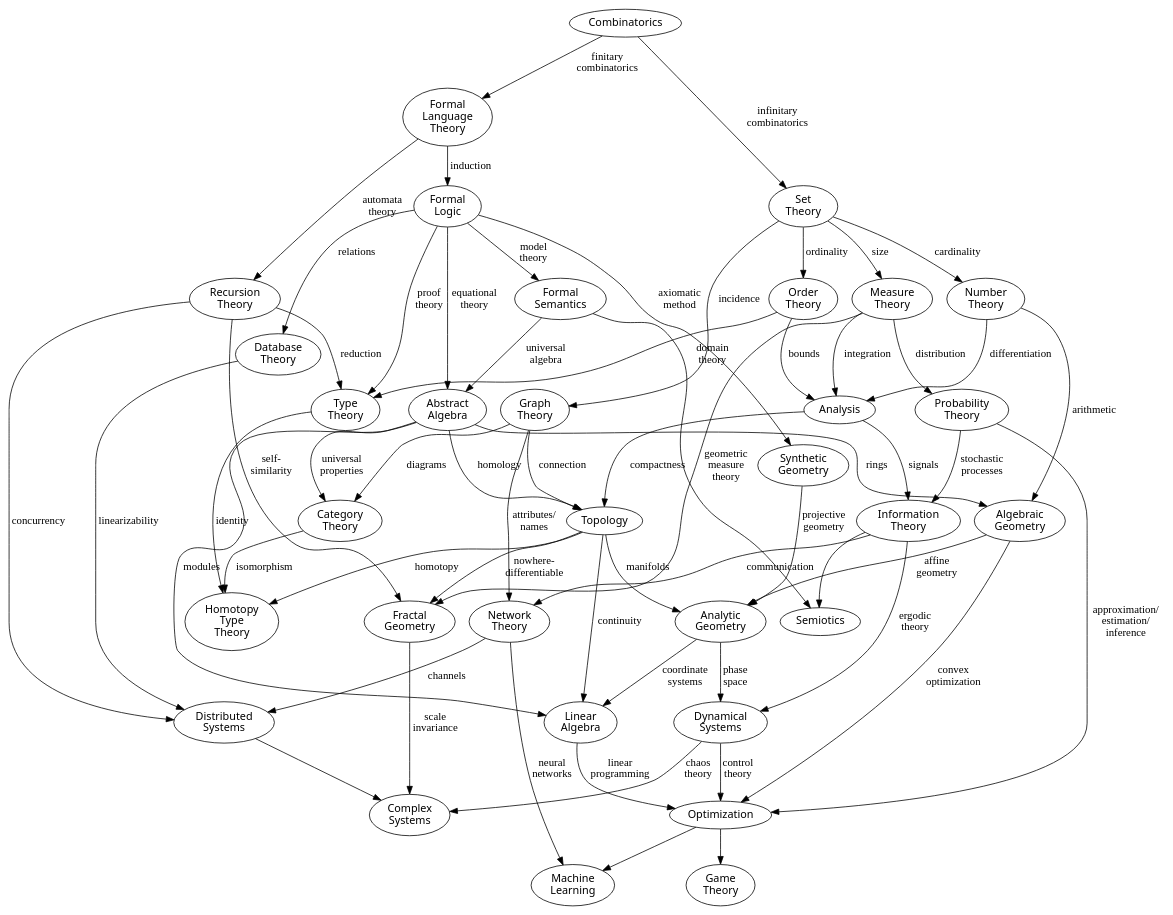
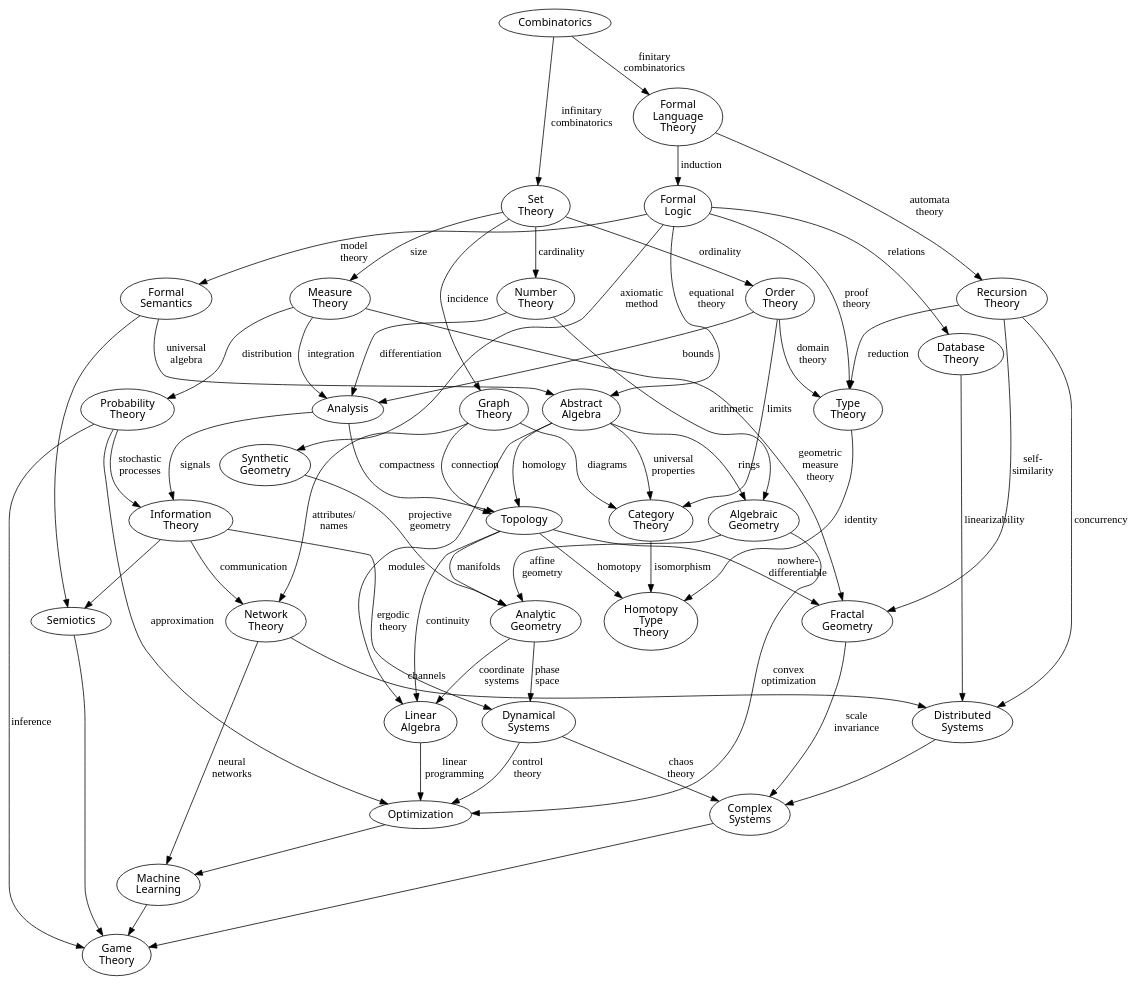
One commit to spearman/formal-logic changed the diagram in topics.dot. Above: the diagram before and after it, drawn with Graphviz. The commit also changed 3 other files, not shown here.

```diff
--- a/topics.dot
+++ b/topics.dot
@@ -1,155 +1,163 @@
 digraph topics {
   node [ fontname = "sans" ];
   "Combinatorics";
   "Formal\nLanguage\nTheory";
   "Formal\nLogic";
   "Formal\nSemantics";
   "Semiotics";
   "Abstract\nAlgebra";
   "Set\nTheory";
   "Graph\nTheory";
   "Network\nTheory";
   "Dynamical\nSystems";
   "Category\nTheory";
   "Measure\nTheory";
   "Probability\nTheory";
   "Information\nTheory";
   "Game\nTheory";
   "Optimization";
   "Machine\nLearning";
   "Number\nTheory";
   "Algebraic\nGeometry";
   "Analytic\nGeometry";
   "Synthetic\nGeometry";
   "Fractal\nGeometry";
   "Order\nTheory";
   "Analysis";
   "Recursion\nTheory";
   "Distributed\nSystems";
   "Complex\nSystems";
   "Database\nTheory";
   "Type\nTheory";
   "Homotopy\nType\nTheory";
   "Combinatorics" -> "Formal\nLanguage\nTheory"
     [ label = "finitary\ncombinatorics", fontname="sans italic" ]
   "Formal\nLanguage\nTheory" -> "Formal\nLogic"
     [ label = "induction", fontname="sans italic" ]
   "Formal\nLogic" -> "Formal\nSemantics"
     [ label = "model\ntheory", fontname="sans italic" ]
   "Formal\nLogic" -> "Abstract\nAlgebra"
     [ label = "equational\ntheory", fontname="sans italic" ]
   "Formal\nSemantics" -> "Abstract\nAlgebra"
     [ label = "universal\nalgebra", fontname="sans italic" ]
   "Abstract\nAlgebra" -> "Category\nTheory"
     [ label = "universal\nproperties", fontname="sans italic" ]
   "Abstract\nAlgebra" -> "Linear\nAlgebra"
     [ label = "modules", fontname="sans italic" ]
   "Analytic\nGeometry" -> "Linear\nAlgebra"
     [ label = "coordinate\nsystems", fontname="sans italic" ]
   "Algebraic\nGeometry" -> "Optimization"
     [ label = "convex\noptimization", fontname="sans italic" ]
   "Linear\nAlgebra" -> "Optimization"
     [ label = "linear\nprogramming", fontname="sans italic" ]
   "Probability\nTheory" -> "Optimization"
-    [ label = "approximation/\nestimation/\ninference", fontname="sans italic" ]
+    [ label = "approximation", fontname="sans italic" ]
+  "Probability\nTheory" -> "Game\nTheory"
+    [ label = "inference", fontname="sans italic" ]
   "Topology" -> "Linear\nAlgebra"
     [ label = "continuity", fontname="sans italic" ]
   "Topology" -> "Analytic\nGeometry"
     [ label = "manifolds", fontname="sans italic" ]
   "Abstract\nAlgebra" -> "Topology"
     [ label = "homology", fontname="sans italic" ]
   "Formal\nLogic" -> "Synthetic\nGeometry"
     [ label = "axiomatic\nmethod", fontname="sans italic" ]
   "Synthetic\nGeometry" -> "Analytic\nGeometry"
     [ label = "projective\ngeometry", fontname="sans italic" ]
   "Algebraic\nGeometry" -> "Analytic\nGeometry"
     [ label = "affine\ngeometry", fontname="sans italic" ]
   "Analytic\nGeometry" -> "Dynamical\nSystems"
     [ label = "phase\nspace", fontname="sans italic" ]
   "Graph\nTheory" -> "Network\nTheory"
     [ label = "attributes/\nnames", fontname="sans italic" ]
   "Network\nTheory" -> "Distributed\nSystems"
     [ label = "channels", fontname="sans italic" ]
   "Distributed\nSystems" -> "Complex\nSystems"
     [ label = "", fontname="sans italic" ]
   "Dynamical\nSystems" -> "Complex\nSystems"
     [ label = "chaos\ntheory", fontname="sans italic" ]
   "Analysis" -> "Information\nTheory"
     [ label = "signals", fontname="sans italic" ]
   "Dynamical\nSystems" -> "Optimization"
     [ label = "control\ntheory", fontname="sans italic" ]
-  "Optimization" -> "Game\nTheory"
-    [ label = "", fontname="sans italic" ]
   "Optimization" -> "Machine\nLearning"
     [ label = "", fontname="sans italic" ]
   "Network\nTheory" -> "Machine\nLearning"
     [ label = "neural\nnetworks", fontname="sans italic" ]
   "Combinatorics" -> "Set\nTheory"
     [ label = "infinitary\ncombinatorics", fontname="sans italic" ]
   "Set\nTheory" -> "Order\nTheory"
     [ label = "ordinality", fontname="sans italic" ]
   "Set\nTheory" -> "Graph\nTheory"
     [ label = "incidence", fontname="sans italic" ]
   "Graph\nTheory" -> "Category\nTheory"
     [ label = "diagrams", fontname="sans italic" ]
   "Graph\nTheory" -> "Topology"
     [ label = "connection", fontname="sans italic" ]
   "Analysis" -> "Topology"
     [ label = "compactness", fontname="sans italic" ]
   "Order\nTheory" -> "Type\nTheory"
     [ label = "domain\ntheory", fontname="sans italic" ]
   "Set\nTheory" -> "Number\nTheory"
     [ label = "cardinality", fontname="sans italic" ]
   "Set\nTheory" -> "Measure\nTheory"
     [ label = "size", fontname="sans italic" ]
   "Order\nTheory" -> "Analysis"
     [ label = "bounds", fontname="sans italic" ]
-  //"Order\nTheory" -> "Category\nTheory"
-  //  [ label = "limits", fontname="sans italic" ]
+  "Order\nTheory" -> "Category\nTheory"
+    [ label = "limits", fontname="sans italic" ]
   "Number\nTheory" -> "Analysis"
     [ label = "differentiation", fontname="sans italic" ]
   "Number\nTheory" -> "Algebraic\nGeometry"
     [ label = "arithmetic", fontname="sans italic" ]
   "Abstract\nAlgebra" -> "Algebraic\nGeometry"
     [ label = "rings", fontname="sans italic" ]
   "Measure\nTheory" -> "Analysis"
     [ label = "integration", fontname="sans italic" ]
   "Measure\nTheory" -> "Probability\nTheory"
     [ label = "distribution", fontname="sans italic" ]
   "Probability\nTheory" -> "Information\nTheory"
     [ label = "stochastic\nprocesses", fontname="sans italic" ]
   "Information\nTheory" -> "Dynamical\nSystems"
     [ label = "ergodic\ntheory", fontname="sans italic" ]
   "Information\nTheory" -> "Network\nTheory"
     [ label = "communication", fontname="sans italic" ]
   "Information\nTheory" -> "Semiotics"
     [ label = "", fontname="sans italic" ]
   "Formal\nSemantics" -> "Semiotics"
     [ label = "", fontname="sans italic" ]
   "Formal\nLanguage\nTheory" -> "Recursion\nTheory"
     [ label = "automata\ntheory", fontname="sans italic" ]
   "Recursion\nTheory" -> "Fractal\nGeometry"
     [ label = "self-\nsimilarity", fontname="sans italic" ]
   "Measure\nTheory" -> "Fractal\nGeometry"
     [ label = "geometric\nmeasure\ntheory", fontname="sans italic" ]
   "Recursion\nTheory" -> "Type\nTheory"
     [ label = "reduction", fontname="sans italic" ]
   "Formal\nLogic" -> "Type\nTheory"
     [ label = "proof\ntheory", fontname="sans italic" ]
   "Formal\nLogic" -> "Database\nTheory"
     [ label = "relations", fontname="sans italic" ]
   "Database\nTheory" -> "Distributed\nSystems"
     [ label = "linearizability", fontname="sans italic" ]
   "Recursion\nTheory" -> "Distributed\nSystems"
     [ label = "concurrency", fontname="sans italic" ]
   "Fractal\nGeometry" -> "Complex\nSystems"
     [ label = "scale\ninvariance", fontname="sans italic" ]
   "Type\nTheory" -> "Homotopy\nType\nTheory"
     [ label = "identity", fontname="sans italic" ]
   "Category\nTheory" -> "Homotopy\nType\nTheory"
     [ label = "isomorphism", fontname="sans italic" ]
   "Topology" -> "Homotopy\nType\nTheory"
     [ label = "homotopy", fontname="sans italic" ]
   "Topology" -> "Fractal\nGeometry"
     [ label = "nowhere-\ndifferentiable", fontname="sans italic" ]
+  //"Optimization" -> "Game\nTheory"
+  //  [ label = "", fontname="sans italic" ]
+  "Semiotics" -> "Game\nTheory"
+    [ label = "", fontname="sans italic" ]
+  "Complex\nSystems" -> "Game\nTheory"
+    [ label = "", fontname="sans italic" ]
+  "Machine\nLearning" -> "Game\nTheory"
+    [ label = "", fontname="sans italic" ]
 }
```
